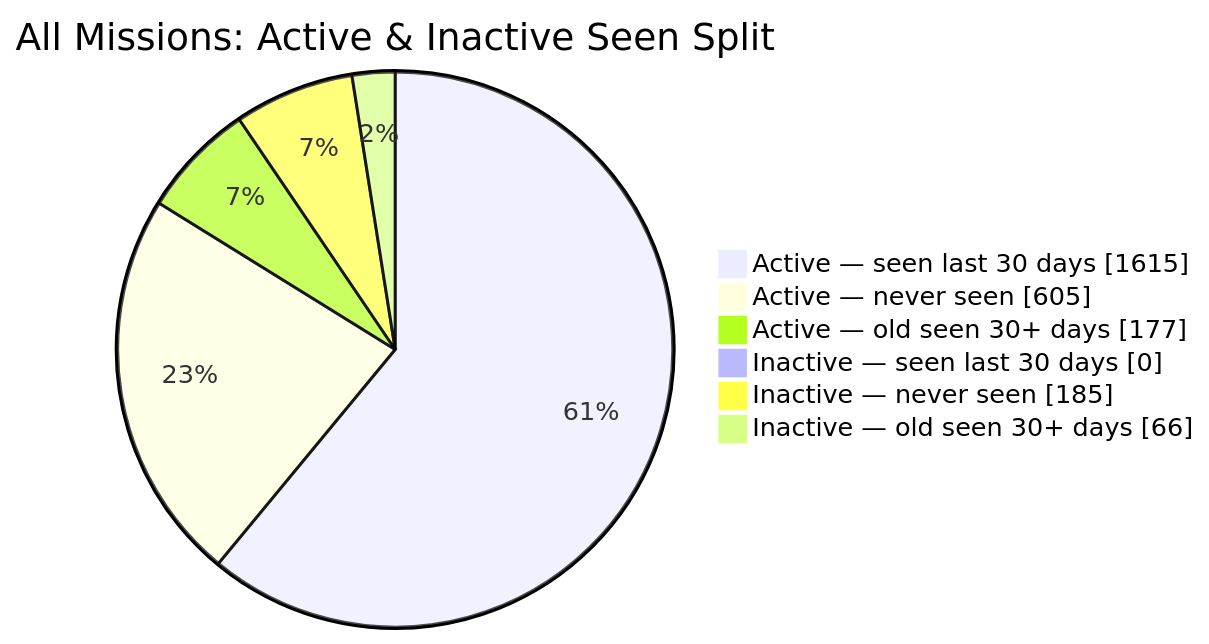
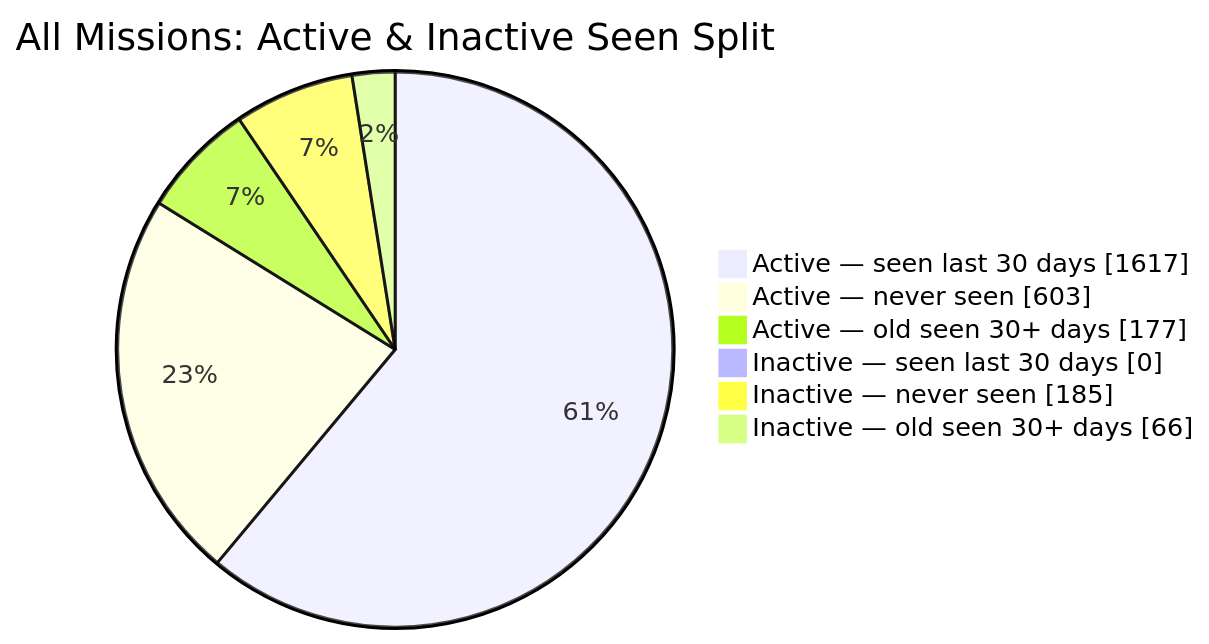
Before and after one commit to MeldkamerspelGameTeam/active-missions: the second of 2 diagrams in README.md, drawn with Mermaid. The commit also changed other lines of this file and 2 other files, not shown here.

````diff
--- a/README.md
+++ b/README.md
@@ -44,10 +44,10 @@
 ```mermaid
 pie showData
     title All Missions: Active & Inactive Seen Split
-    "Active — seen last 30 days" : 1615
-    "Active — never seen" : 605
+    "Active — seen last 30 days" : 1617
+    "Active — never seen" : 603
     "Active — old seen 30+ days" : 177
     "Inactive — seen last 30 days" : 0
     "Inactive — never seen" : 185
     "Inactive — old seen 30+ days" : 66
 ```
````
